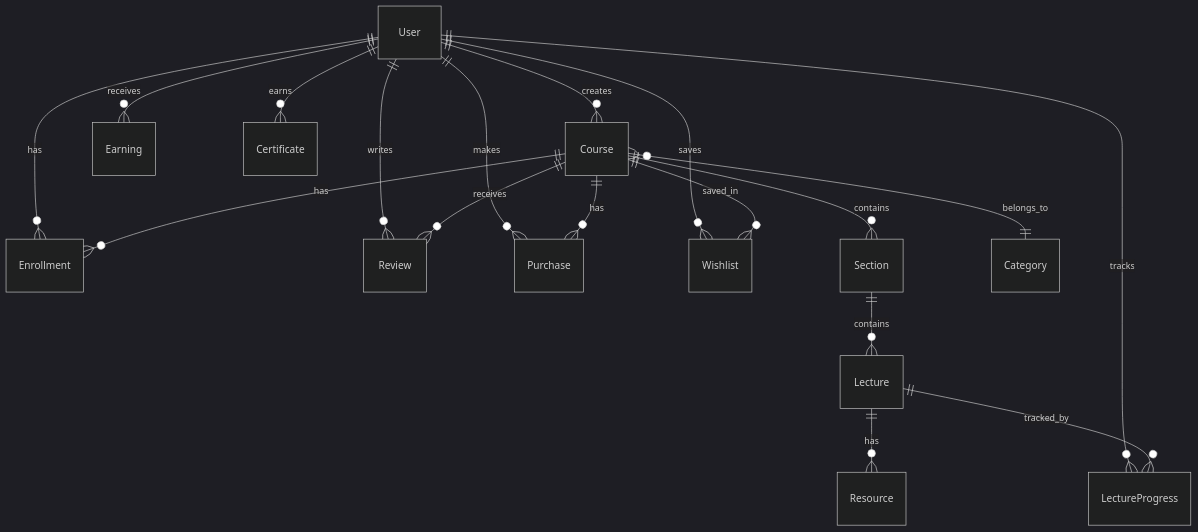
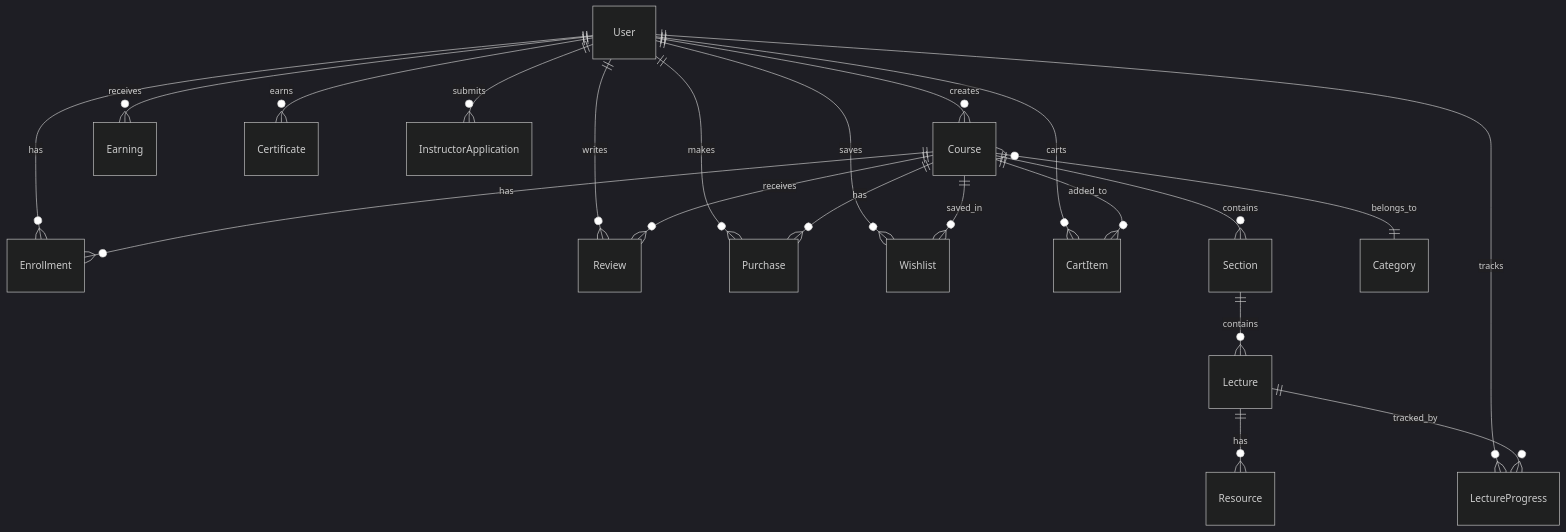
Before and after one commit to alfredang/Learnify: the diagram in docs/architecture/database.md, drawn with Mermaid (dark theme). The commit also changed other lines of this file and 7 other files, not shown here.

````diff
--- a/docs/architecture/database.md
+++ b/docs/architecture/database.md
@@ -7,20 +7,23 @@
 ```mermaid
 erDiagram
     User ||--o{ Course : creates
     User ||--o{ Enrollment : has
     User ||--o{ LectureProgress : tracks
     User ||--o{ Review : writes
     User ||--o{ Purchase : makes
     User ||--o{ Earning : receives
     User ||--o{ Wishlist : saves
+    User ||--o{ CartItem : carts
     User ||--o{ Certificate : earns
+    User ||--o{ InstructorApplication : submits
     Course ||--o{ Section : contains
     Section ||--o{ Lecture : contains
     Lecture ||--o{ Resource : has
     Lecture ||--o{ LectureProgress : tracked_by
     Course ||--o{ Enrollment : has
     Course ||--o{ Review : receives
     Course ||--o{ Purchase : has
     Course ||--o{ Wishlist : saved_in
+    Course ||--o{ CartItem : added_to
     Course }o--|| Category : belongs_to
 ```
````
